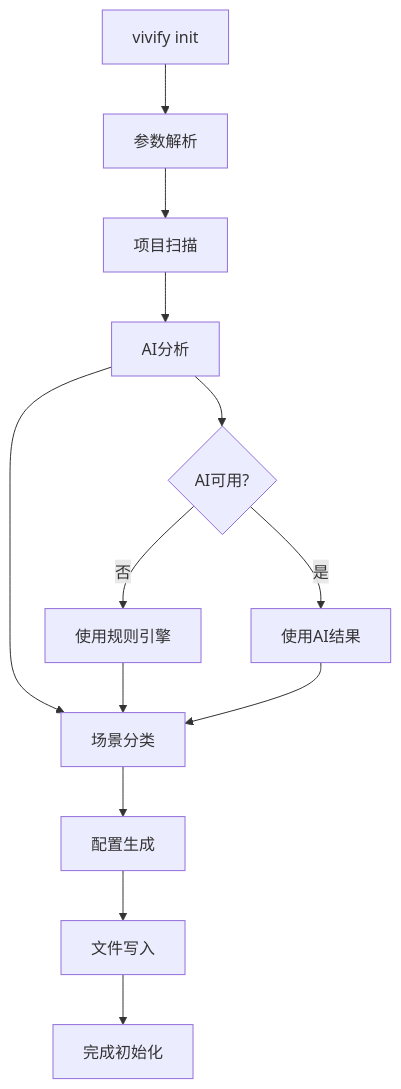
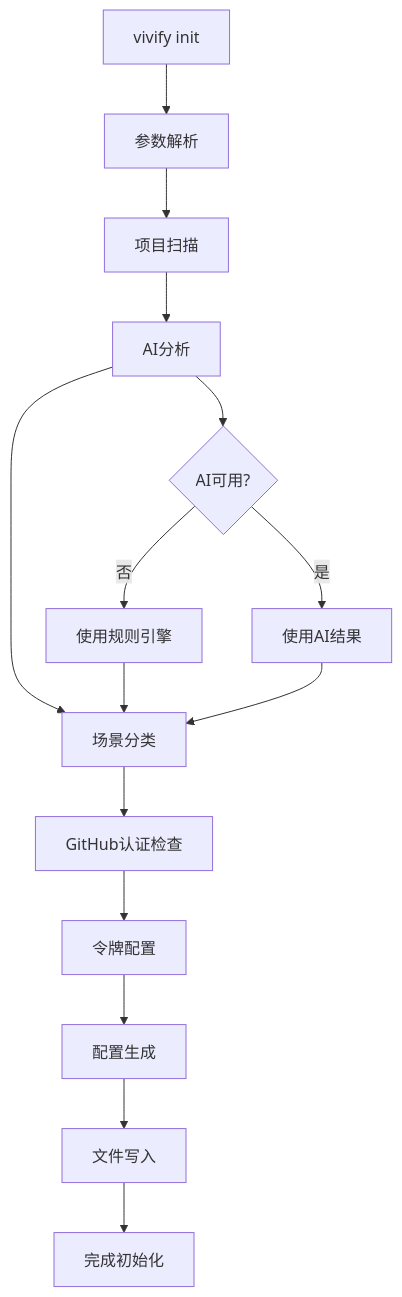
The second of 14 diagrams in .qoder/repowiki/zh/content/工具和实用程序/CLI初始化命令增强.md (pinsonchen/vivify), drawn with Mermaid before and after one commit. The commit also changed other lines of this file and 5 other files, not shown here.

````diff
--- a/.qoder/repowiki/zh/content/工具和实用程序/CLI初始化命令增强.md
+++ b/.qoder/repowiki/zh/content/工具和实用程序/CLI初始化命令增强.md
@@ -94,15 +122,17 @@
 ```mermaid
 flowchart TD
 A["vivify init"] --> B["参数解析"]
 B --> C["项目扫描"]
 C --> D["AI分析"]
 D --> E["场景分类"]
-E --> F["配置生成"]
-F --> G["文件写入"]
-G --> H["完成初始化"]
-D --> I{"AI可用?"}
-I --> |否| J["使用规则引擎"]
-I --> |是| K["使用AI结果"]
-J --> E
-K --> E
+E --> F["GitHub认证检查"]
+F --> G["令牌配置"]
+G --> H["配置生成"]
+H --> I["文件写入"]
+I --> J["完成初始化"]
+D --> K{"AI可用?"}
+K --> |否| L["使用规则引擎"]
+K --> |是| M["使用AI结果"]
+L --> E
+M --> E
 ```
````
